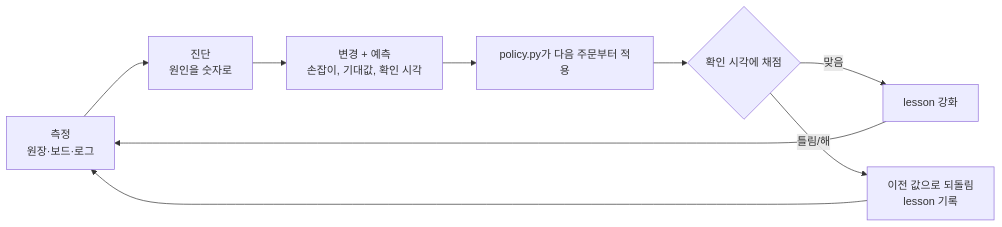
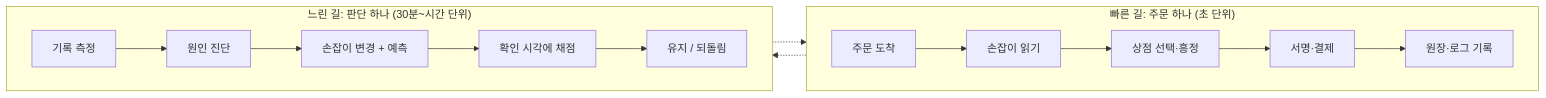
Before and after one commit to Q00/ai-agent-engineering-101: the second of 8 diagrams in submissions/23530007/week-08/REPORT.md, drawn with Mermaid. The commit also changed other lines of this file and 4 other files, not shown here.

````diff
--- a/submissions/23530007/week-08/REPORT.md
+++ b/submissions/23530007/week-08/REPORT.md
@@ -106,10 +102,13 @@
 ```mermaid
 flowchart LR
-  A[측정<br/>원장·보드·로그] --> B[진단<br/>원인을 숫자로]
-  B --> C[변경 + 예측<br/>손잡이, 기대값, 확인 시각]
-  C --> D[policy.py가 다음 주문부터 적용]
-  D --> E{확인 시각에 채점}
-  E -->|맞음| F[lesson 강화]
-  E -->|틀림/해| G[이전 값으로 되돌림<br/>lesson 기록]
-  F & G --> A
+  subgraph FAST["빠른 길: 주문 하나 (초 단위)"]
+    direction LR
+    o1[주문 도착] --> o2[손잡이 읽기] --> o3[상점 선택·흥정] --> o4[서명·결제] --> o5[원장·로그 기록]
+  end
+  subgraph SLOW["느린 길: 판단 하나 (30분~시간 단위)"]
+    direction LR
+    d1[기록 측정] --> d2[원인 진단] --> d3[손잡이 변경 + 예측] --> d4[확인 시각에 채점] --> d5[유지 / 되돌림]
+  end
+  o5 -.-> d1
+  d3 -.-> o2
 ```
````
